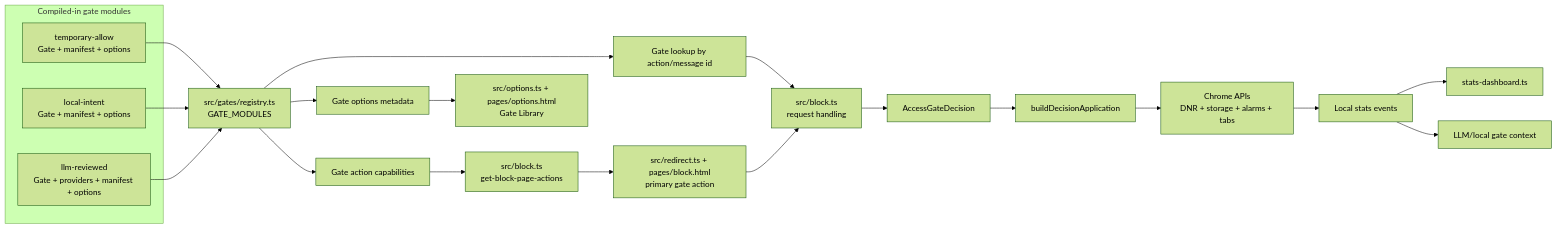
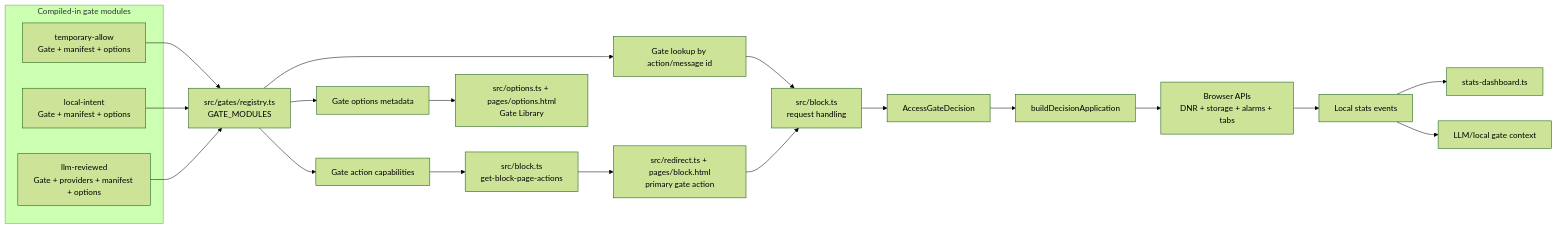
Before and after one commit to bradlangel/nodrift: the diagram in ARCHITECTURE.md, drawn with Mermaid (forest theme). The commit also changed other lines of this file and 12 other files, not shown here.

````diff
--- a/ARCHITECTURE.md
+++ b/ARCHITECTURE.md
@@ -18,29 +18,29 @@
 ```mermaid
 flowchart LR
   subgraph Gates["Compiled-in gate modules"]
     Temporary["temporary-allow\nGate + manifest + options"]
     Local["local-intent\nGate + manifest + options"]
     Llm["llm-reviewed\nGate + providers + manifest + options"]
   end
 
   Temporary --> Registry["src/gates/registry.ts\nGATE_MODULES"]
   Local --> Registry
   Llm --> Registry
 
   Registry --> Capabilities["Gate action capabilities"]
   Registry --> OptionsMeta["Gate options metadata"]
   Registry --> GateLookup["Gate lookup by action/message id"]
 
   Capabilities --> ActionModel["src/block.ts\nget-block-page-actions"]
   ActionModel --> BlockPage["src/redirect.ts + pages/block.html\nprimary gate action"]
   OptionsMeta --> OptionsPage["src/options.ts + pages/options.html\nGate Library"]
 
   GateLookup --> Requests["src/block.ts\nrequest handling"]
   BlockPage --> Requests
   Requests --> Decision["AccessGateDecision"]
   Decision --> Apply["buildDecisionApplication"]
-  Apply --> Chrome["Chrome APIs\nDNR + storage + alarms + tabs"]
-  Chrome --> Stats["Local stats events"]
+  Apply --> Browser["Browser APIs\nDNR + storage + alarms + tabs"]
+  Browser --> Stats["Local stats events"]
   Stats --> Dashboard["stats-dashboard.ts"]
   Stats --> GateContext["LLM/local gate context"]
 ```
````
